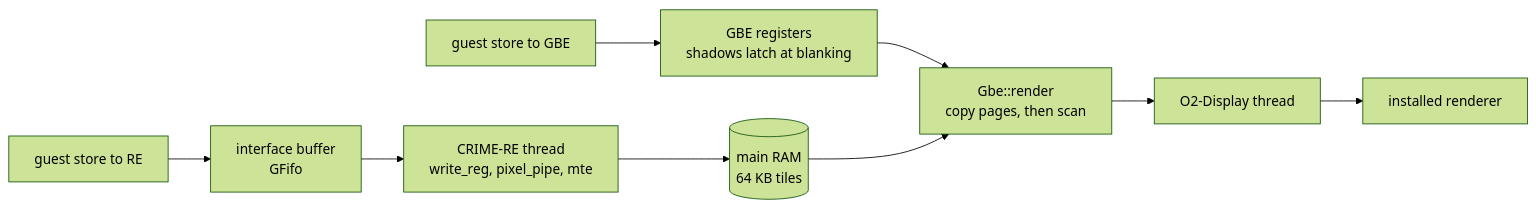
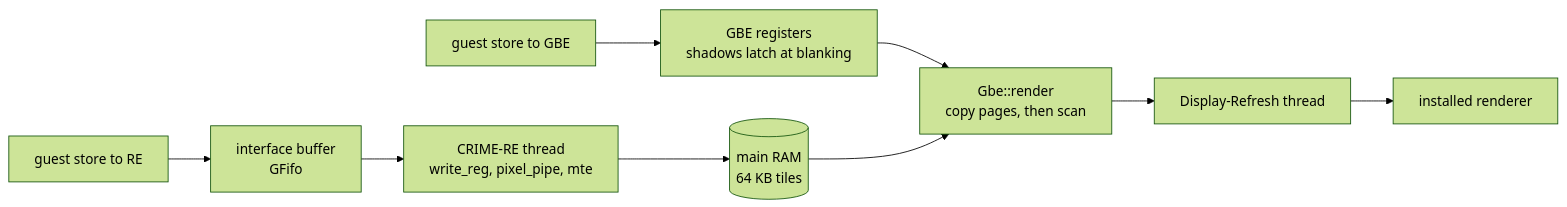
The second of 3 diagrams in docs/graphics/o2.md (techomancer/iris), drawn with Mermaid (forest theme) before and after one commit. The commit also changed other lines of this file and 8 other files, not shown here.

First line of the commit message:
docs: the display refresh thread

````diff
--- a/docs/graphics/o2.md
+++ b/docs/graphics/o2.md
@@ -44,11 +44,11 @@
 ```mermaid
 flowchart LR
   CPU["guest store to RE"] --> IB["interface buffer<br/>GFifo"]
   IB --> RE["CRIME-RE thread<br/>write_reg, pixel_pipe, mte"]
   RE --> RAM[("main RAM<br/>64 KB tiles")]
   CPU2["guest store to GBE"] --> GREG["GBE registers<br/>shadows latch at blanking"]
   GREG --> SCAN["Gbe::render<br/>copy pages, then scan"]
   RAM --> SCAN
-  SCAN --> DISP["O2-Display thread"]
+  SCAN --> DISP["Display-Refresh thread"]
   DISP --> SCR["installed renderer"]
 ```
````
